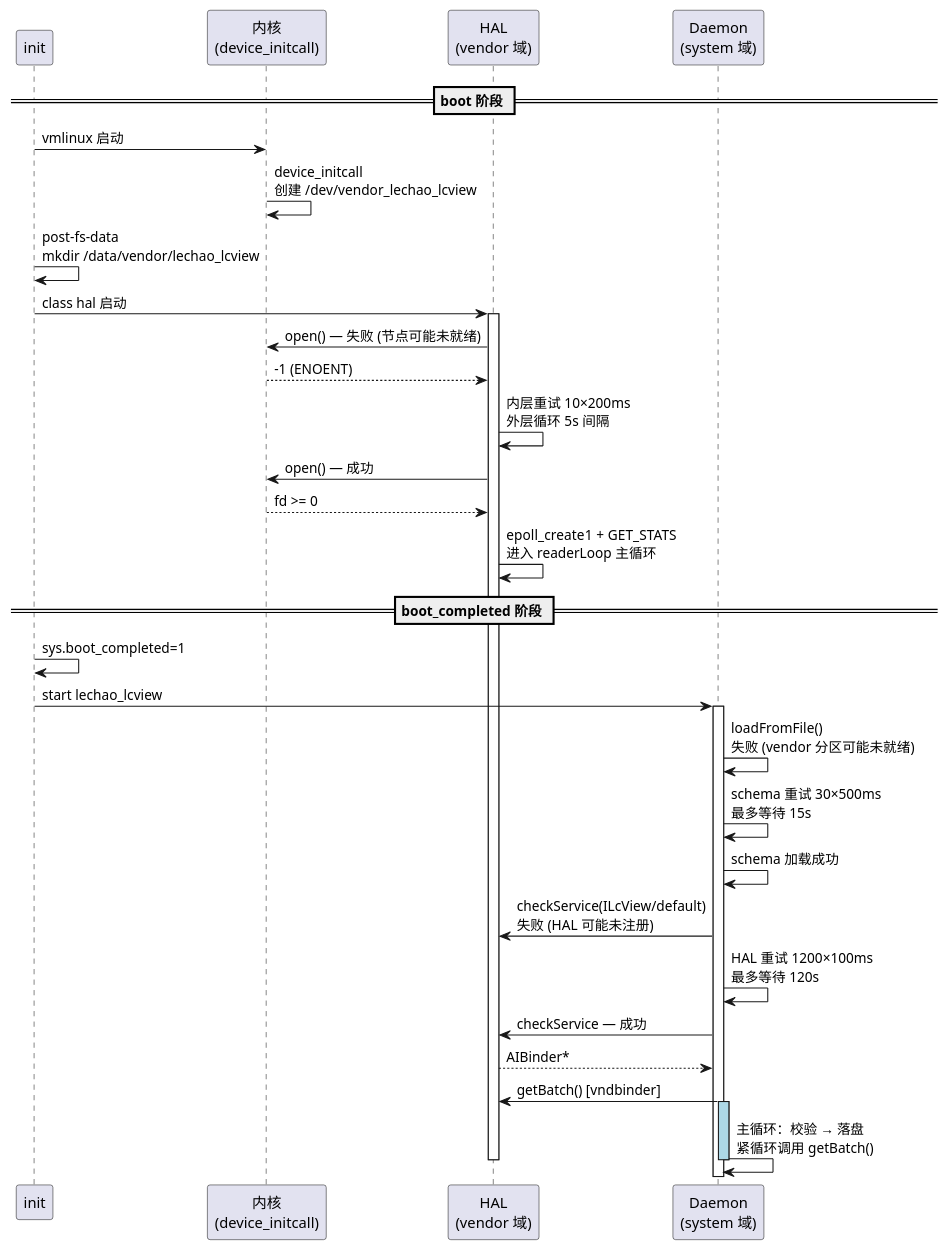
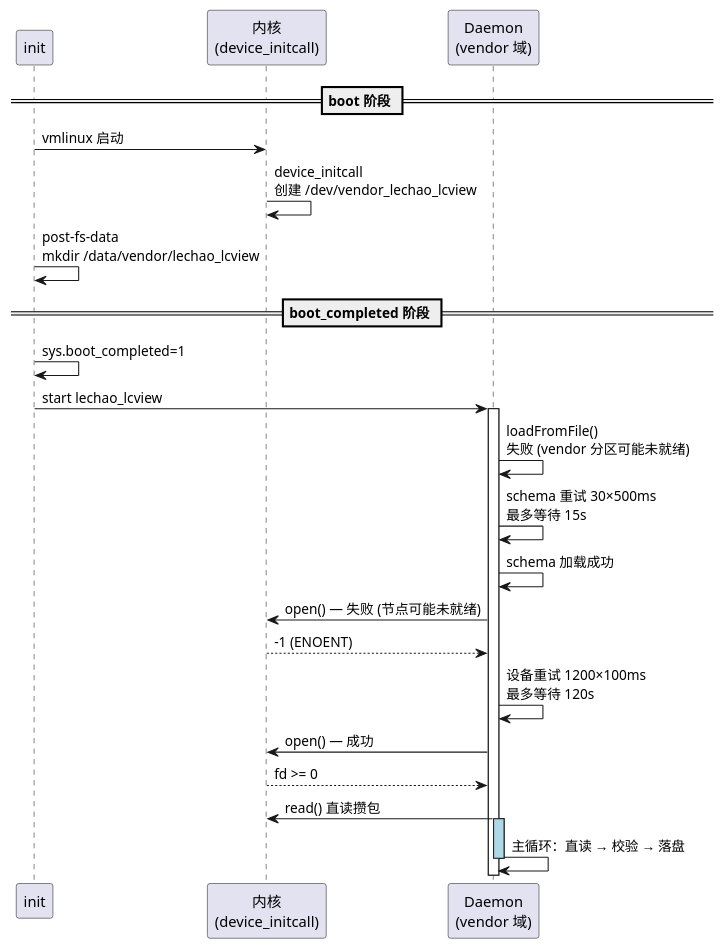
One commit to lechao365/AndroidSystemEnhance changed the sixth of 6 diagrams in docs/01-打点增强/README.md. Above: the diagram before and after it, drawn with PlantUML. The commit also changed other lines of this file and 199 other files, not shown here.

````diff
--- a/docs/01-打点增强/README.md
+++ b/docs/01-打点增强/README.md
@@ -256,45 +230,34 @@
 ```plantuml
 @startuml
 participant "init" as I
 participant "内核\n(device_initcall)" as K
-participant "HAL\n(vendor 域)" as H
-participant "Daemon\n(system 域)" as D
+participant "Daemon\n(vendor 域)" as D
 
 == boot 阶段 ==
 I -> K : vmlinux 启动
 K -> K : device_initcall\n创建 /dev/vendor_lechao_lcview
 I -> I : post-fs-data\nmkdir /data/vendor/lechao_lcview
-
-I -> H : class hal 启动
-activate H
-H -> K : open() — 失败 (节点可能未就绪)
-K --> H : -1 (ENOENT)
-
-H -> H : 内层重试 10×200ms\n外层循环 5s 间隔
-H -> K : open() — 成功
-K --> H : fd >= 0
-H -> H : epoll_create1 + GET_STATS\n进入 readerLoop 主循环
 
 == boot_completed 阶段 ==
 I -> I : sys.boot_completed=1
 
 I -> D : start lechao_lcview
 activate D
 
 D -> D : loadFromFile()\n失败 (vendor 分区可能未就绪)
 D -> D : schema 重试 30×500ms\n最多等待 15s
 D -> D : schema 加载成功
 
-D -> H : checkService(ILcView/default)\n失败 (HAL 可能未注册)
-D -> D : HAL 重试 1200×100ms\n最多等待 120s
-D -> H : checkService — 成功
-H --> D : AIBinder*
+D -> K : open() — 失败 (节点可能未就绪)
+K --> D : -1 (ENOENT)
+D -> D : 设备重试 1200×100ms\n最多等待 120s
+D -> K : open() — 成功
+K --> D : fd >= 0
 
-D -> H : getBatch() [vndbinder]
+D -> K : read() 直读攒包
 activate D #LightBlue
-D -> D : 主循环：校验 → 落盘\n紧循环调用 getBatch()
+D -> D : 主循环：直读 → 校验 → 落盘
 
 deactivate D
-deactivate H
 @enduml
 ```
````
